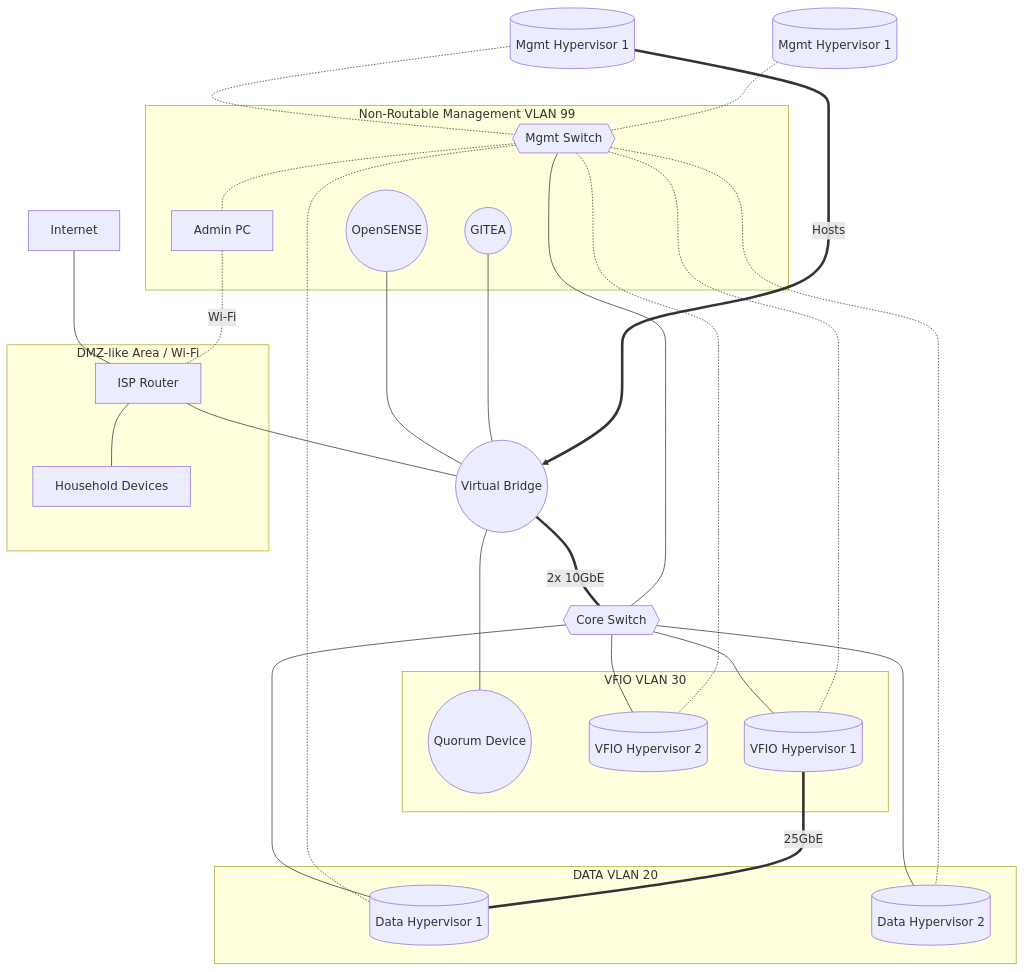
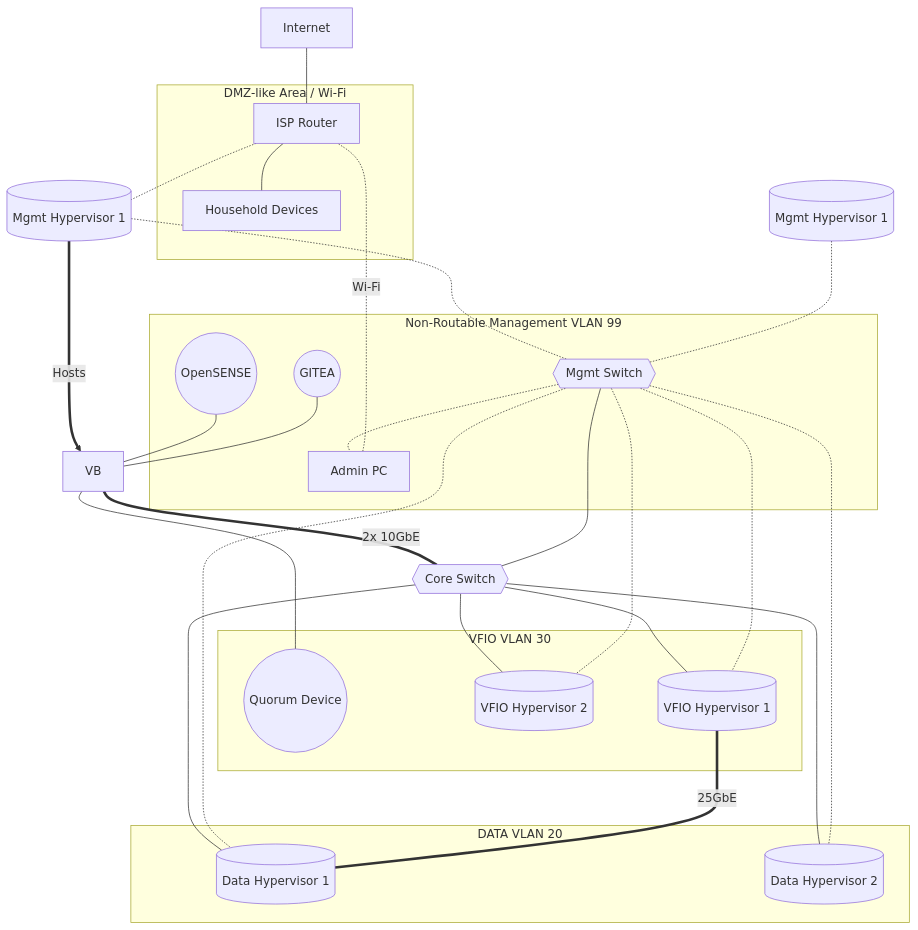
Before and after one commit to woeiru/lab: the diagram in arc/net1.md, drawn with Mermaid.

Commit message:
arc/net1.md: update ISP connection to MH1

````diff
--- a/arc/net1.md
+++ b/arc/net1.md
@@ -3,44 +3,44 @@
 ```mermaid
 graph TD
     INT[Internet] --- ISPR[ISP Router]
-    ISPR --- VB((Virtual Bridge))
+    ISPR -.- MH1
     OPN((OpenSENSE)) --- VB
     GIT((GITEA)) --- VB
     VB --- QD((Quorum Device))
     VB ===|2x 10GbE| CS{{Core Switch}}
     MH1[(Mgmt Hypervisor 1)] -.-  MS{{Mgmt Switch}}
     MH2[(Mgmt Hypervisor 1)] -.-  MS{{Mgmt Switch}}
     MS --- CS
     MS -.- APC[Admin PC]
     APC -.-|Wi-Fi| ISPR
     MH1 ==>|Hosts| VB
     CS --- VH2[(VFIO Hypervisor 2)]
     MS -.- VH2
     ISPR --- HD[Household Devices]
     CS --- VH1[(VFIO Hypervisor 1)]
     MS -.- VH1
     CS --- DH1[(Data Hypervisor 1)]
     MS -.- DH1
     CS --- DH2[(Data Hypervisor 2)]
     MS -.- DH2
     VH1 ===|25GbE| DH1
     subgraph VLAN20 [DATA VLAN 20]
         DH1
         DH2
     end
     subgraph VLAN30 [VFIO VLAN 30]
         VH1
         VH2
         QD
     end
     subgraph VLAN99 [Non-Routable Management VLAN 99]
         MS
         APC
         OPN
         GIT
     end
     subgraph DMZ [DMZ-like Area / Wi-Fi]
         ISPR
         HD
     end
 ```
````
